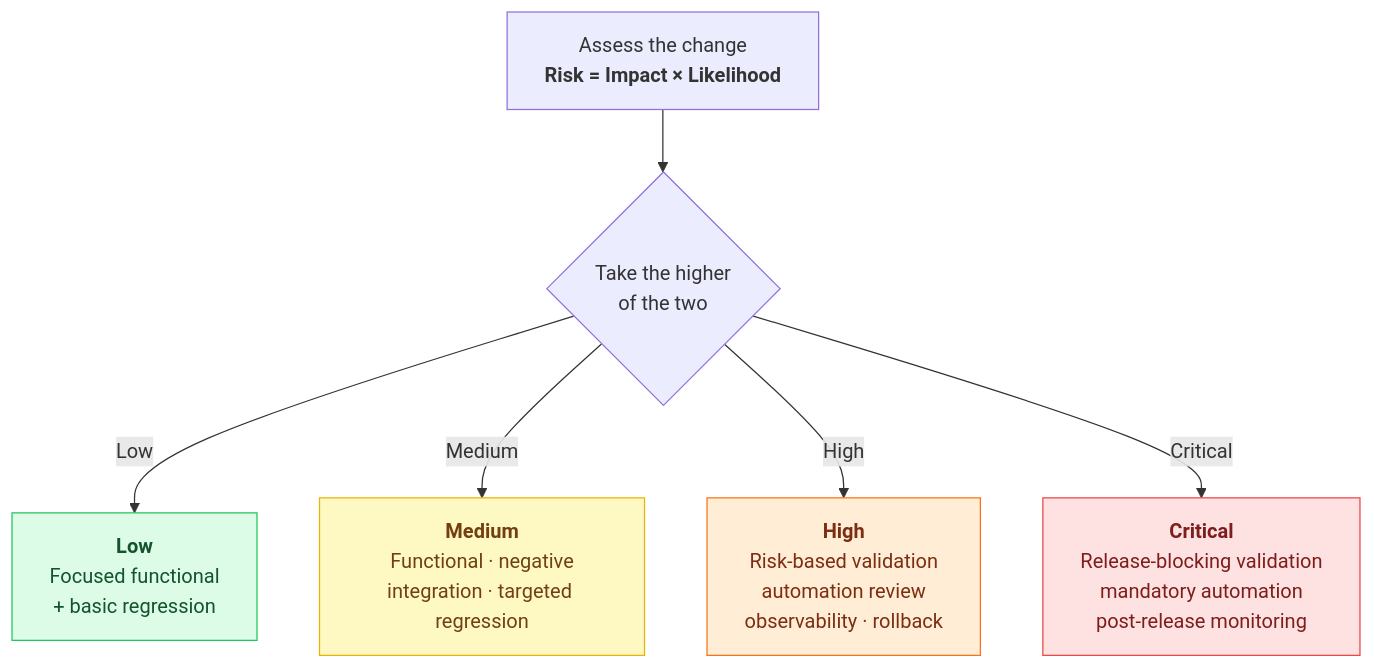
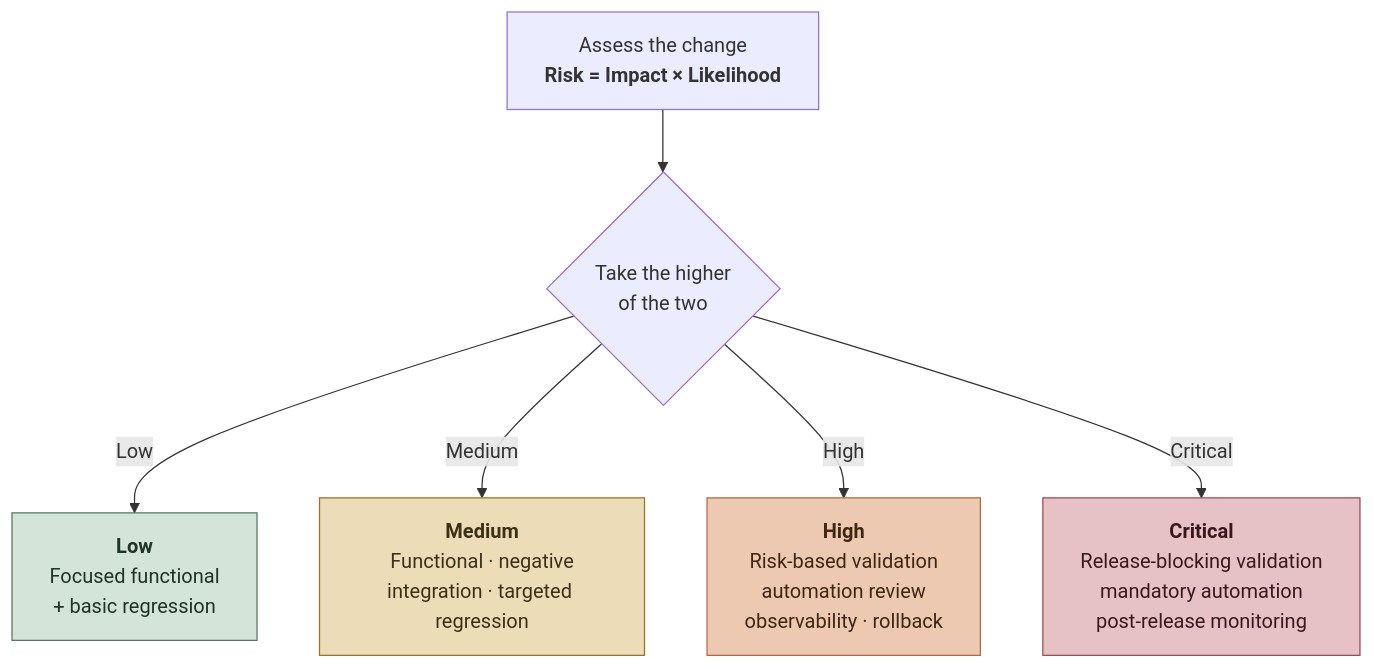
One commit to paulamarcondes/QA_Playbook changed the diagram in 01-before-development.md. Above: the diagram before and after it, drawn with Mermaid. The commit also changed 3 other files, not shown here.

First line of the commit message:
Apply Deeper Nordic palette to Mermaid diagrams

````diff
--- a/01-before-development.md
+++ b/01-before-development.md
@@ -123,16 +123,16 @@
 ```mermaid
 flowchart TD
     Start["Assess the change<br/><b>Risk = Impact × Likelihood</b>"] --> Q{"Take the higher<br/>of the two"}
     Q -->|Low| L["<b>Low</b><br/>Focused functional<br/>+ basic regression"]
     Q -->|Medium| M["<b>Medium</b><br/>Functional · negative<br/>integration · targeted regression"]
     Q -->|High| H["<b>High</b><br/>Risk-based validation<br/>automation review<br/>observability · rollback"]
     Q -->|Critical| C["<b>Critical</b><br/>Release-blocking validation<br/>mandatory automation<br/>post-release monitoring"]
-    classDef low  fill:#dcfce7,stroke:#22c55e,color:#14532d;
-    classDef med  fill:#fef9c3,stroke:#eab308,color:#713f12;
-    classDef high fill:#ffedd5,stroke:#f97316,color:#7c2d12;
-    classDef crit fill:#fee2e2,stroke:#ef4444,color:#7f1d1d;
+    classDef low  fill:#d4e4d8,stroke:#4f7a63,color:#1f3329;
+    classDef med  fill:#ecdcb8,stroke:#997327,color:#3d3115;
+    classDef high fill:#ecc9b0,stroke:#b5683a,color:#3f2614;
+    classDef crit fill:#e6c2c4,stroke:#9c4a4f,color:#38191b;
     class L low
     class M med
     class H high
     class C crit
 ```
````
